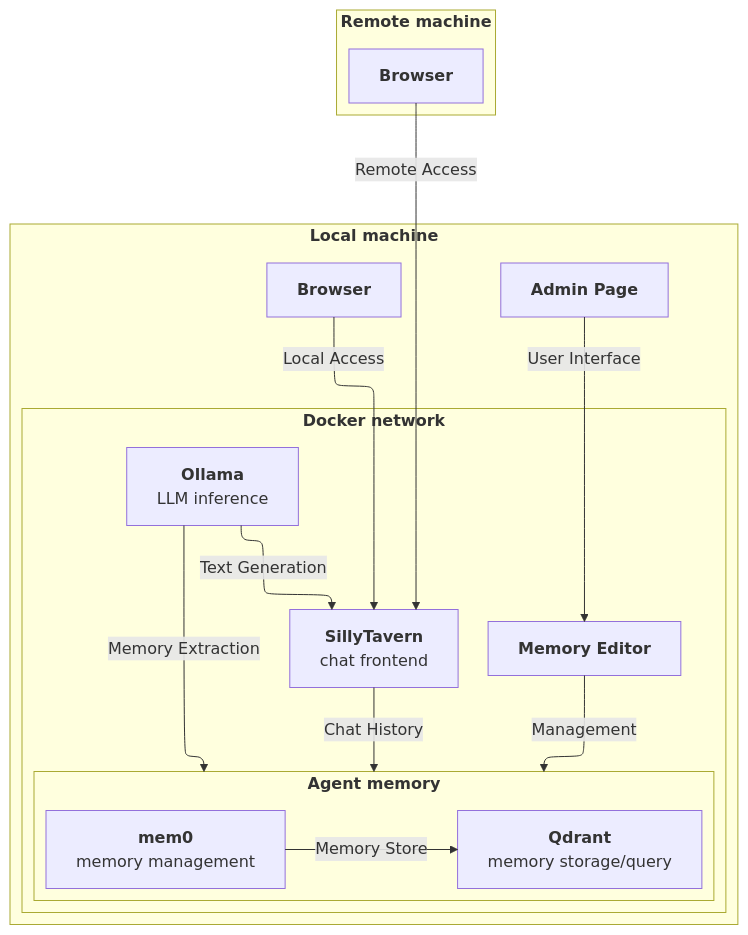
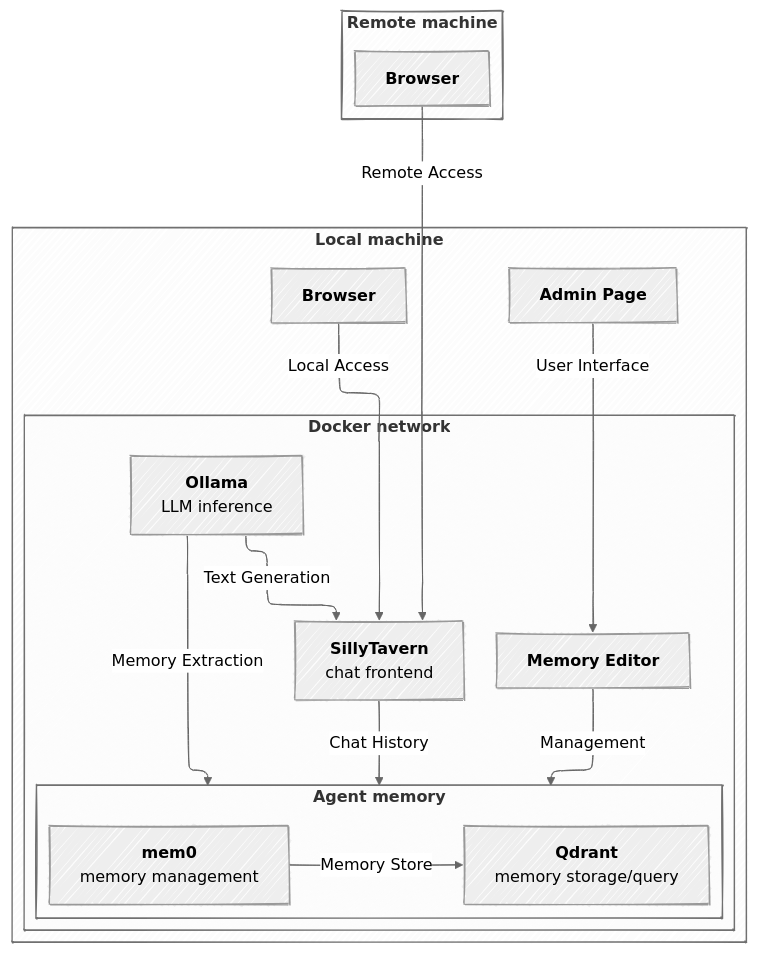
The diagram in docs/ARCHITECTURE.md (chuyaowang/local-sillytavern-with-memory), drawn with Mermaid before and after one commit. The commit also changed 1 other file, not shown here.

Commit message:
docs: update architecture diagram in readme with hand-drawn aesthetics

````diff
--- a/docs/ARCHITECTURE.md
+++ b/docs/ARCHITECTURE.md
@@ -3,36 +3,45 @@
 ```mermaid
+---
+config:
+  look: handDrawn
+  theme: neutral
+  themeVariables:
+    fontFamily: 'Caveat, "Comic Neue", cursive, sans-serif'
+  layout: elk
+  elk:
+    nodePlacementStrategy: BRANDES_KOEPF
+---
 graph TD
-    %%{init: {"flowchart": {"defaultRenderer": "elk"}} }%%
     subgraph remote_machine["<b>Remote machine</b>"]
         remote["<b>Browser</b>"]
     end
 
     subgraph local_machine["<b>Local machine</b>"]
         direction LR
         host["<b>Admin Page</b>"]
         local["<b>Browser"]
         
         subgraph docker["<b>Docker network</b>"]
             direction LR
             editor["<b>Memory Editor</b>"]
             st["<b>SillyTavern</b><br/>chat frontend"]
             ollama["<b>Ollama</b><br/>LLM inference"]
 
             subgraph memory["<b>Agent memory</b>"]
             direction LR
                 mem0["<b>mem0</b><br/>memory management"]
                 qdrant["<b>Qdrant</b><br/>memory storage/query"]
             end
         end
     end
 
     remote -- Remote Access --> st
     host -- User Interface --> editor
     local -- Local Access --> st
     editor -- Management --> memory
 
     ollama -- Text Generation --> st
     st -- Chat History --> memory
     ollama -- Memory Extraction --> memory
     mem0 -- Memory Store --> qdrant
 ```
````
